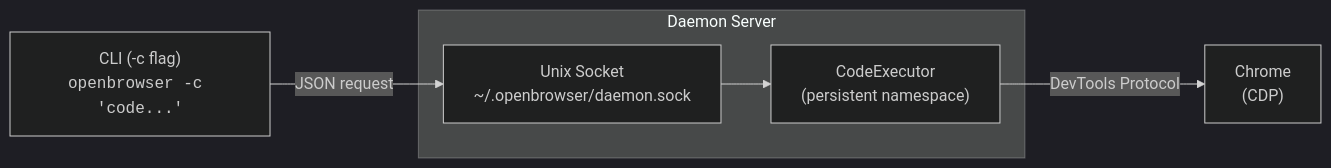
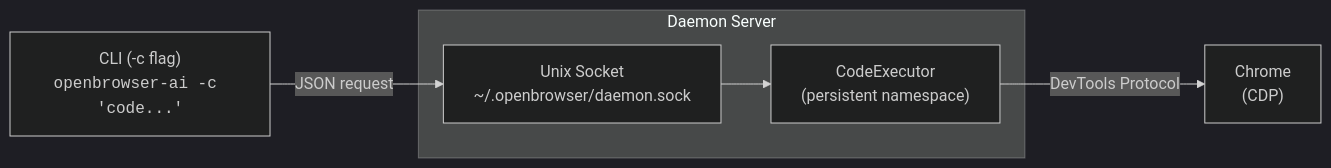
One commit to billy-enrizky/openbrowser-ai changed the diagram in docs/customize/integrations/cli-daemon.mdx. Above: the diagram before and after it, drawn with Mermaid (dark theme). The commit also changed other lines of this file and 6 other files, not shown here.

````diff
--- a/docs/customize/integrations/cli-daemon.mdx
+++ b/docs/customize/integrations/cli-daemon.mdx
@@ -92,16 +94,16 @@
 ```mermaid
 graph LR
-    CLI["CLI (-c flag)<br/><code>openbrowser -c 'code...'</code>"]
+    CLI["CLI (-c flag)<br/><code>openbrowser-ai -c 'code...'</code>"]
     SOCK["Unix Socket<br/>~/.openbrowser/daemon.sock"]
     EXEC["CodeExecutor<br/>(persistent namespace)"]
     CHROME["Chrome<br/>(CDP)"]
 
     CLI -->|JSON request| SOCK
     SOCK --> EXEC
     EXEC -->|DevTools Protocol| CHROME
 
     subgraph Daemon Server
         SOCK
         EXEC
     end
 ```
````
